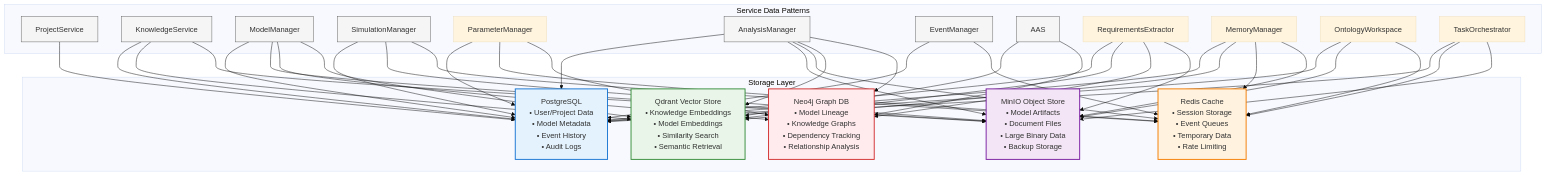
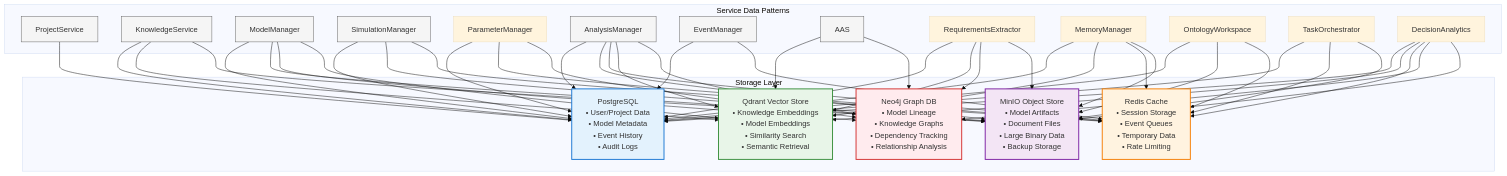
Before and after one commit to laserpointlabs/dadms: the second of 2 diagrams in docs/architecture/README.md, drawn with Mermaid (base theme). The commit also changed other lines of this file and 5 other files, not shown here.

First line of the commit message:
feat: Add Decision Analytics API documentation and architecture updates

````diff
--- a/docs/architecture/README.md
+++ b/docs/architecture/README.md
@@ -137,65 +146,70 @@
 ```mermaid
 %%{init: { 'flowchart': { 'curve': 'orthogonal' }}}%%
 flowchart TD
     subgraph Storage["Storage Layer"]
         PostgreSQL["PostgreSQL<br/>• User/Project Data<br/>• Model Metadata<br/>• Event History<br/>• Audit Logs"]
         Qdrant["Qdrant Vector Store<br/>• Knowledge Embeddings<br/>• Model Embeddings<br/>• Similarity Search<br/>• Semantic Retrieval"]
         Redis["Redis Cache<br/>• Session Storage<br/>• Event Queues<br/>• Temporary Data<br/>• Rate Limiting"]
         MinIO["MinIO Object Store<br/>• Model Artifacts<br/>• Document Files<br/>• Large Binary Data<br/>• Backup Storage"]
         Neo4j["Neo4j Graph DB<br/>• Model Lineage<br/>• Knowledge Graphs<br/>• Dependency Tracking<br/>• Relationship Analysis"]
     end
     
     subgraph Services["Service Data Patterns"]
         ProjectService --> PostgreSQL
         KnowledgeService --> PostgreSQL
         KnowledgeService --> Qdrant
         KnowledgeService --> MinIO
         ModelManager --> PostgreSQL
         ModelManager --> MinIO
         ModelManager --> Neo4j
         ModelManager --> Qdrant
         SimulationManager --> PostgreSQL
         SimulationManager --> MinIO
         SimulationManager --> Redis
         ParameterManager --> PostgreSQL
         ParameterManager --> Redis
         ParameterManager --> Neo4j
         AnalysisManager --> PostgreSQL
         AnalysisManager --> MinIO
         AnalysisManager --> Redis
         AnalysisManager --> Qdrant
         AnalysisManager --> Neo4j
         EventManager --> PostgreSQL
         EventManager --> Redis
         AAS --> Qdrant
         AAS --> Neo4j
         RequirementsExtractor --> PostgreSQL
         RequirementsExtractor --> Qdrant
         RequirementsExtractor --> Neo4j
         RequirementsExtractor --> MinIO
         MemoryManager --> PostgreSQL
         MemoryManager --> Qdrant
         MemoryManager --> Redis
         MemoryManager --> MinIO
         OntologyWorkspace --> PostgreSQL
         OntologyWorkspace --> MinIO
         OntologyWorkspace --> Redis
         TaskOrchestrator --> PostgreSQL
         TaskOrchestrator --> Redis
         TaskOrchestrator --> MinIO
+        DecisionAnalytics --> PostgreSQL
+        DecisionAnalytics --> Qdrant
+        DecisionAnalytics --> Redis
+        DecisionAnalytics --> Neo4j
+        DecisionAnalytics --> MinIO
     end
     
     classDef primary fill:#e3f2fd,stroke:#1976d2,stroke-width:2px;
     classDef vector fill:#e8f5e8,stroke:#388e3c,stroke-width:2px;
     classDef cache fill:#fff3e0,stroke:#f57c00,stroke-width:2px;
     classDef object fill:#f3e5f5,stroke:#7b1fa2,stroke-width:2px;
     classDef graphdb fill:#ffebee,stroke:#d32f2f,stroke-width:2px;
     classDef service fill:#f5f5f5,stroke:#616161,stroke-width:1px;
     
     class PostgreSQL primary;
     class Qdrant vector;
     class Redis cache;
     class MinIO object;
     class Neo4j graphdb;
     class ProjectService,KnowledgeService,ModelManager,SimulationManager,AnalysisManager,EventManager,AAS service;
 ```
````
